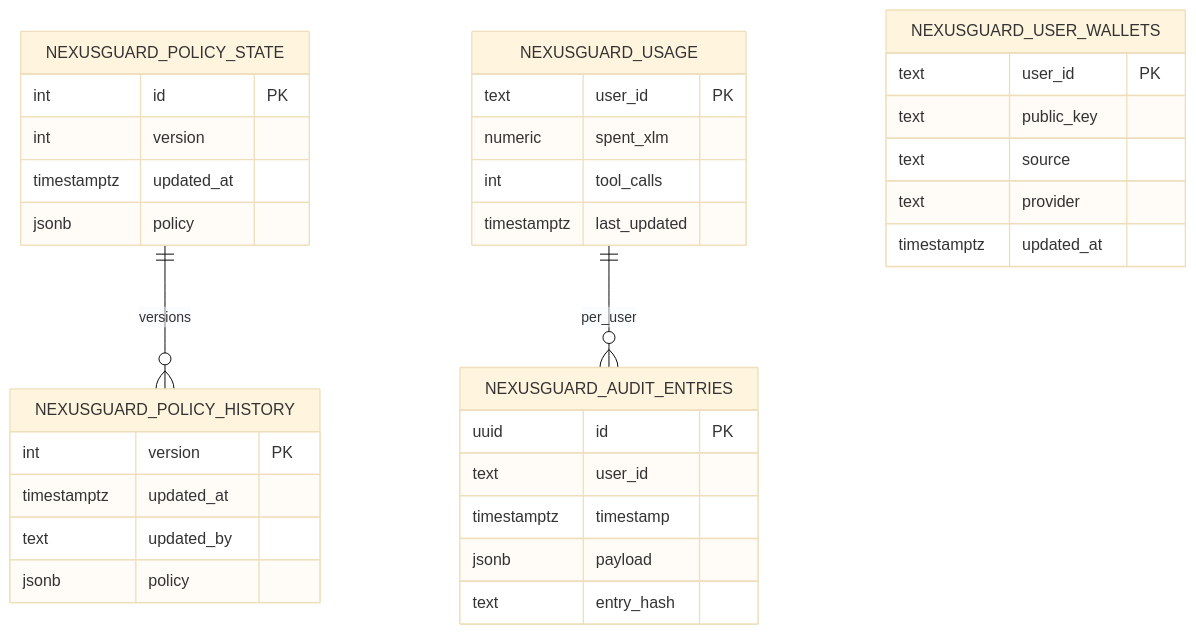
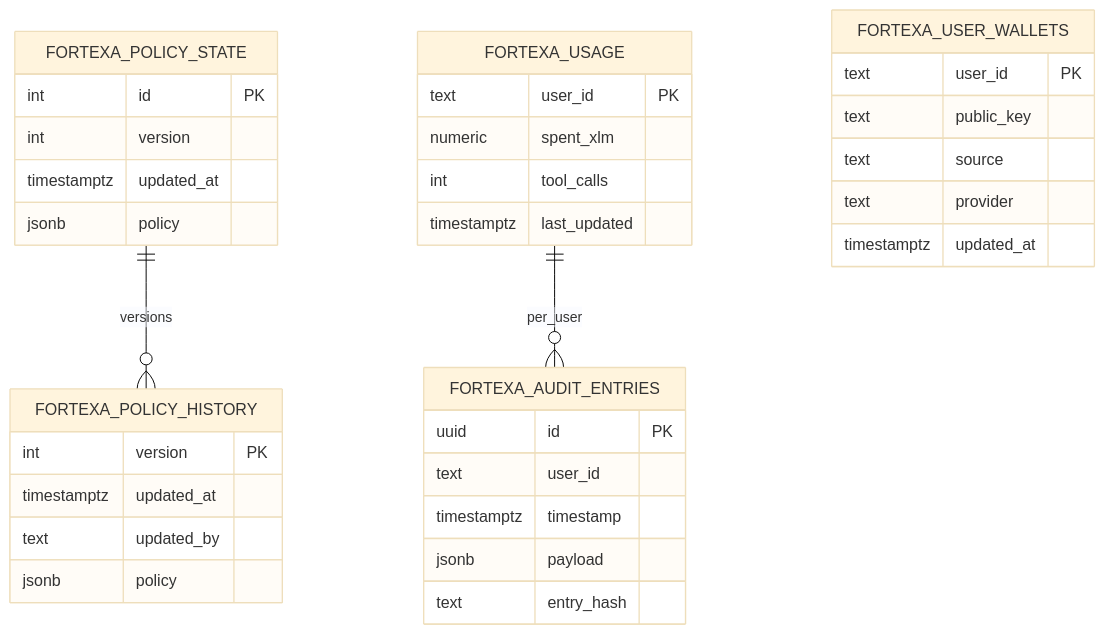
Before and after one commit to Nexusopen-source/nexusguard: the fifth of 6 diagrams in ARCHITECTURE.md, drawn with Mermaid (base theme). The commit also changed other lines of this file and 93 other files, not shown here.

````diff
--- a/ARCHITECTURE.md
+++ b/ARCHITECTURE.md
@@ -233,42 +233,42 @@
 ```mermaid
 erDiagram
-  NEXUSGUARD_POLICY_STATE ||--o{ NEXUSGUARD_POLICY_HISTORY : versions
-  NEXUSGUARD_USAGE ||--o{ NEXUSGUARD_AUDIT_ENTRIES : per_user
+  FORTEXA_POLICY_STATE ||--o{ FORTEXA_POLICY_HISTORY : versions
+  FORTEXA_USAGE ||--o{ FORTEXA_AUDIT_ENTRIES : per_user
 
-  NEXUSGUARD_POLICY_STATE {
+  FORTEXA_POLICY_STATE {
     int id PK
     int version
     timestamptz updated_at
     jsonb policy
   }
 
-  NEXUSGUARD_POLICY_HISTORY {
+  FORTEXA_POLICY_HISTORY {
     int version PK
     timestamptz updated_at
     text updated_by
     jsonb policy
   }
 
-  NEXUSGUARD_USAGE {
+  FORTEXA_USAGE {
     text user_id PK
     numeric spent_xlm
     int tool_calls
     timestamptz last_updated
   }
 
-  NEXUSGUARD_AUDIT_ENTRIES {
+  FORTEXA_AUDIT_ENTRIES {
     uuid id PK
     text user_id
     timestamptz timestamp
     jsonb payload
     text entry_hash
   }
 
-  NEXUSGUARD_USER_WALLETS {
+  FORTEXA_USER_WALLETS {
     text user_id PK
     text public_key
     text source
     text provider
     timestamptz updated_at
   }
 ```
````
